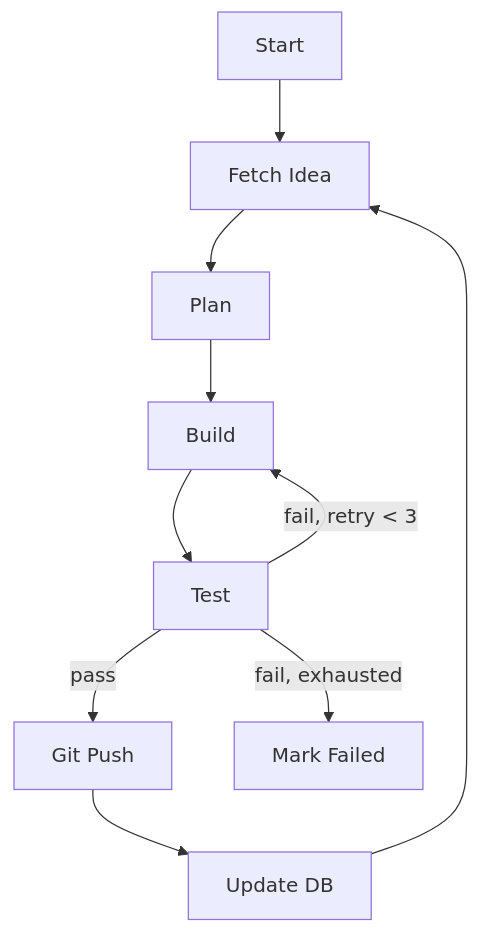
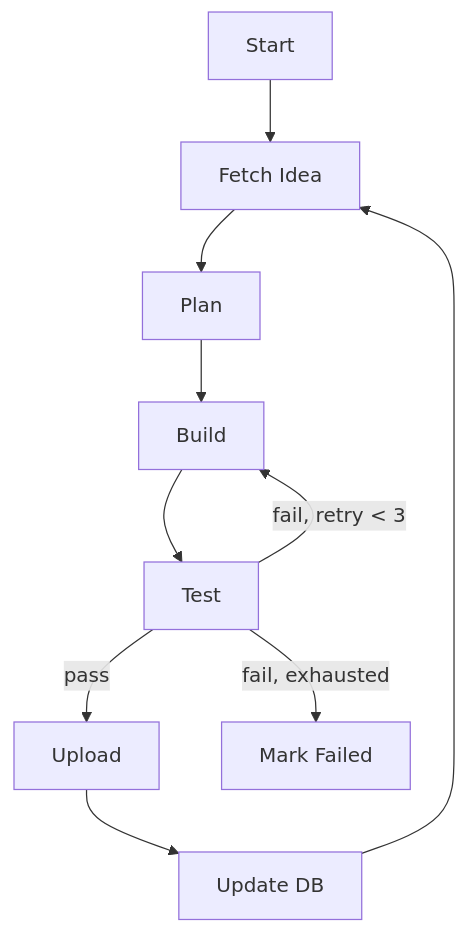
One commit to jtmb/slop-generator changed the fourth of 4 diagrams in slop-builder/.cline/instructions/mermaid-diagrams.instructions.md. Above: the diagram before and after it, drawn with Mermaid. The commit also changed 103 other files, not shown here.

First line of the commit message:
refactor: replace git sync with tar.gz upload mechanism

````diff
--- a/slop-builder/.cline/instructions/mermaid-diagrams.instructions.md
+++ b/slop-builder/.cline/instructions/mermaid-diagrams.instructions.md
@@ -86,12 +86,12 @@
 ```mermaid
 flowchart TB
     S[Start] --> F[Fetch Idea]
     F --> P[Plan]
     P --> B[Build]
     B --> T[Test]
-    T -->|pass| G[Git Push]
+    T -->|pass| G[Upload]
     T -->|fail, retry < 3| B
     T -->|fail, exhausted| D[Mark Failed]
     G --> U[Update DB]
     U --> F
 ```
````
